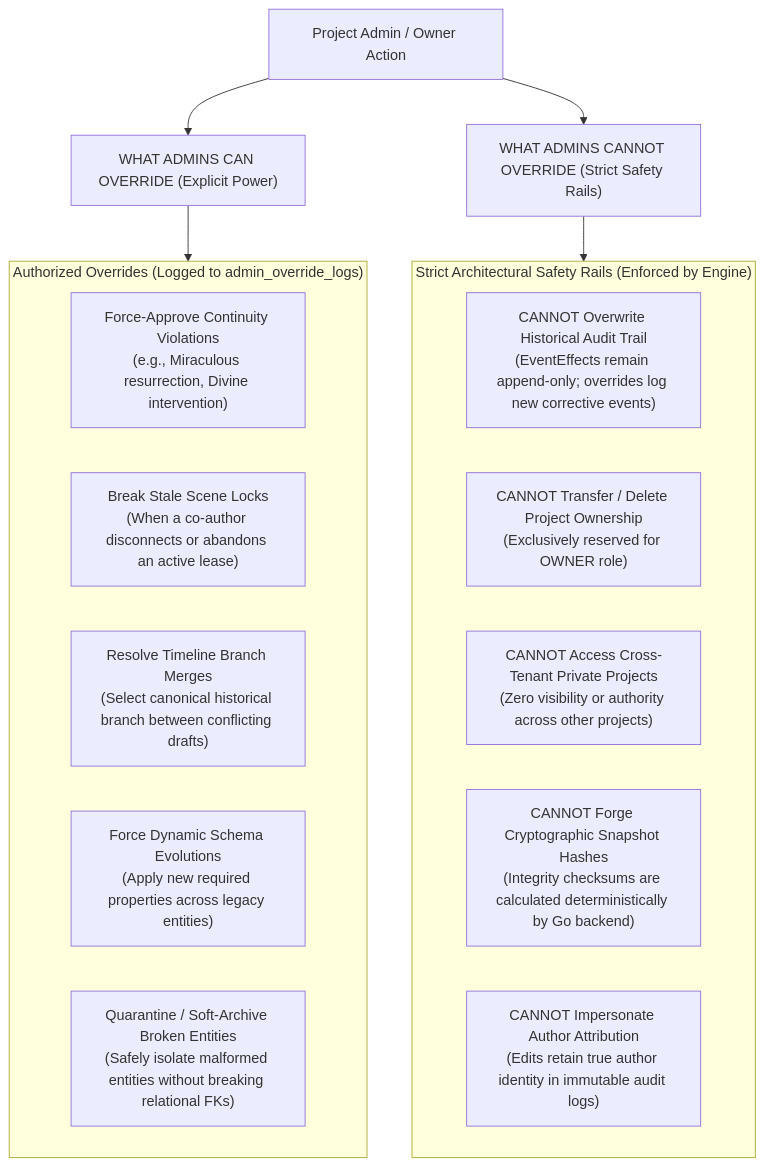
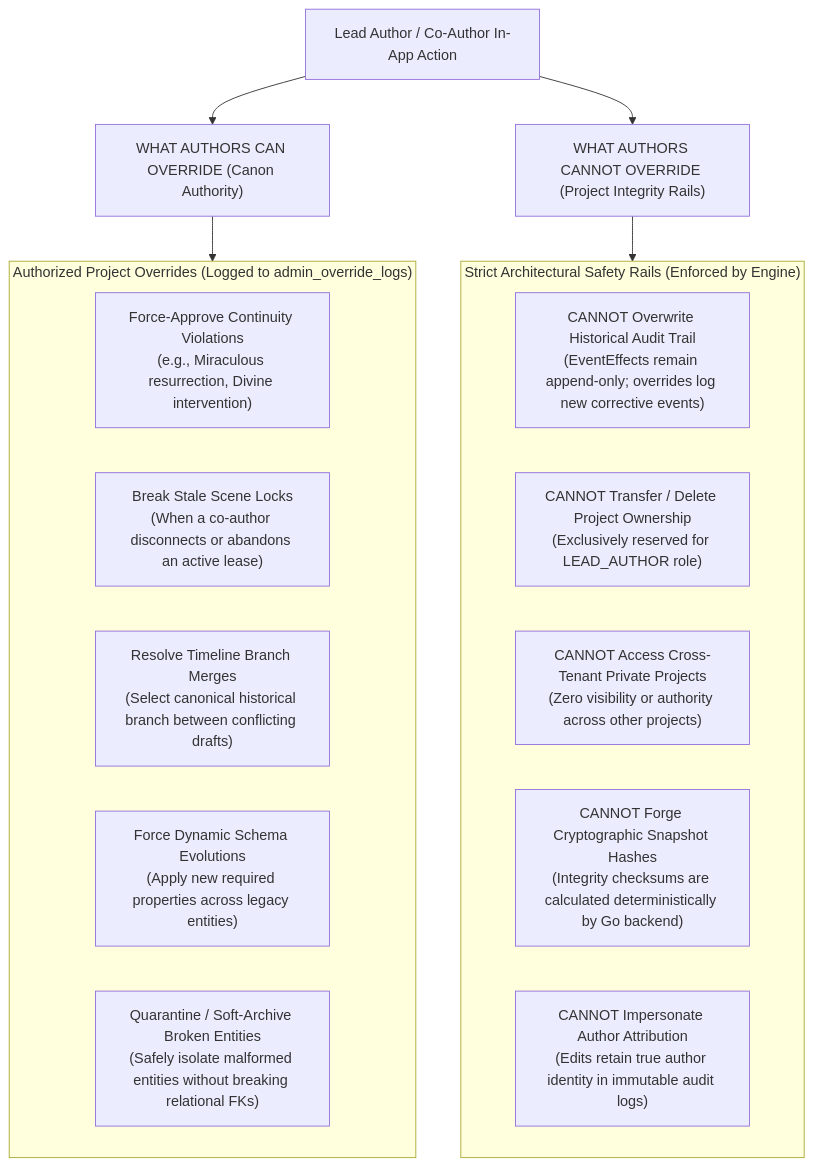
Before and after one commit to Yogesh-Kumar-Mallik-dev/NovWrite: the second of 2 diagrams in docs/DATABASE_ARCHITECTURE.md, drawn with Mermaid. The commit also changed other lines of this file and 7 other files, not shown here.

Commit message:
feat(auth): add platform admin capabilities and rename in-app project roles to authors

````diff
--- a/docs/DATABASE_ARCHITECTURE.md
+++ b/docs/DATABASE_ARCHITECTURE.md
@@ -400,25 +419,25 @@
 ```mermaid
 flowchart TD
-    Admin["Project Admin / Owner Action"]
+    AuthorAction["Lead Author / Co-Author In-App Action"]
 
-    Admin --> CanOverride["WHAT ADMINS CAN OVERRIDE (Explicit Power)"]
-    Admin --> CannotOverride["WHAT ADMINS CANNOT OVERRIDE (Strict Safety Rails)"]
+    AuthorAction --> CanOverride["WHAT AUTHORS CAN OVERRIDE (Canon Authority)"]
+    AuthorAction --> CannotOverride["WHAT AUTHORS CANNOT OVERRIDE (Project Integrity Rails)"]
 
-    subgraph Permitted ["Authorized Overrides (Logged to admin_override_logs)"]
+    subgraph Permitted ["Authorized Project Overrides (Logged to admin_override_logs)"]
         C1["Force-Approve Continuity Violations<br/>(e.g., Miraculous resurrection, Divine intervention)"]
         C2["Break Stale Scene Locks<br/>(When a co-author disconnects or abandons an active lease)"]
         C3["Resolve Timeline Branch Merges<br/>(Select canonical historical branch between conflicting drafts)"]
         C4["Force Dynamic Schema Evolutions<br/>(Apply new required properties across legacy entities)"]
         C5["Quarantine / Soft-Archive Broken Entities<br/>(Safely isolate malformed entities without breaking relational FKs)"]
     end
     CanOverride --> Permitted
 
     subgraph Prohibited ["Strict Architectural Safety Rails (Enforced by Engine)"]
         X1["CANNOT Overwrite Historical Audit Trail<br/>(EventEffects remain append-only; overrides log new corrective events)"]
-        X2["CANNOT Transfer / Delete Project Ownership<br/>(Exclusively reserved for OWNER role)"]
+        X2["CANNOT Transfer / Delete Project Ownership<br/>(Exclusively reserved for LEAD_AUTHOR role)"]
         X3["CANNOT Access Cross-Tenant Private Projects<br/>(Zero visibility or authority across other projects)"]
         X4["CANNOT Forge Cryptographic Snapshot Hashes<br/>(Integrity checksums are calculated deterministically by Go backend)"]
         X5["CANNOT Impersonate Author Attribution<br/>(Edits retain true author identity in immutable audit logs)"]
     end
     CannotOverride --> Prohibited
 ```
````
